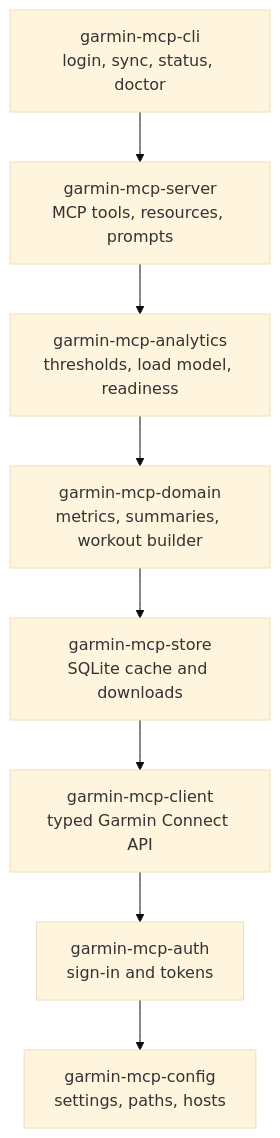
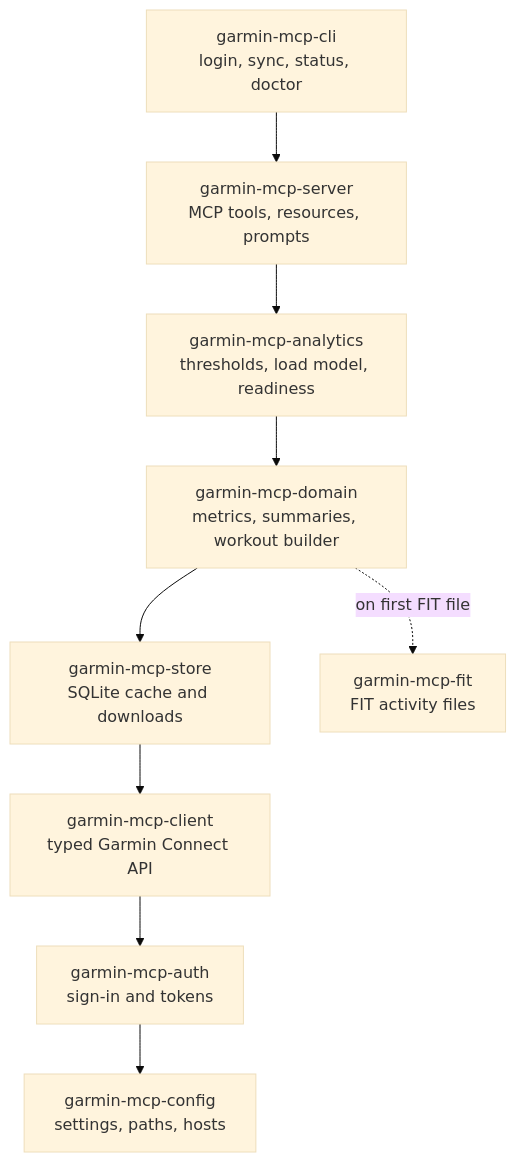
One commit to endurancetools/garmin-mcp changed the second of 2 diagrams in docs/how-it-works.md. Above: the diagram before and after it, drawn with Mermaid (base theme). The commit also changed other lines of this file and 20 other files, not shown here.

````diff
--- a/docs/how-it-works.md
+++ b/docs/how-it-works.md
@@ -46,11 +46,12 @@
 ```mermaid
 flowchart TD
     cli[garmin-mcp-cli<br/>login, sync, status, doctor] --> server
     server[garmin-mcp-server<br/>MCP tools, resources, prompts] --> analytics
     analytics[garmin-mcp-analytics<br/>thresholds, load model, readiness] --> domain
     domain[garmin-mcp-domain<br/>metrics, summaries, workout builder] --> store
+    domain -. on first FIT file .-> fit[garmin-mcp-fit<br/>FIT activity files]
     store[garmin-mcp-store<br/>SQLite cache and downloads] --> client
     client[garmin-mcp-client<br/>typed Garmin Connect API] --> auth
     auth[garmin-mcp-auth<br/>sign-in and tokens] --> config
     config[garmin-mcp-config<br/>settings, paths, hosts]
 ```
````
